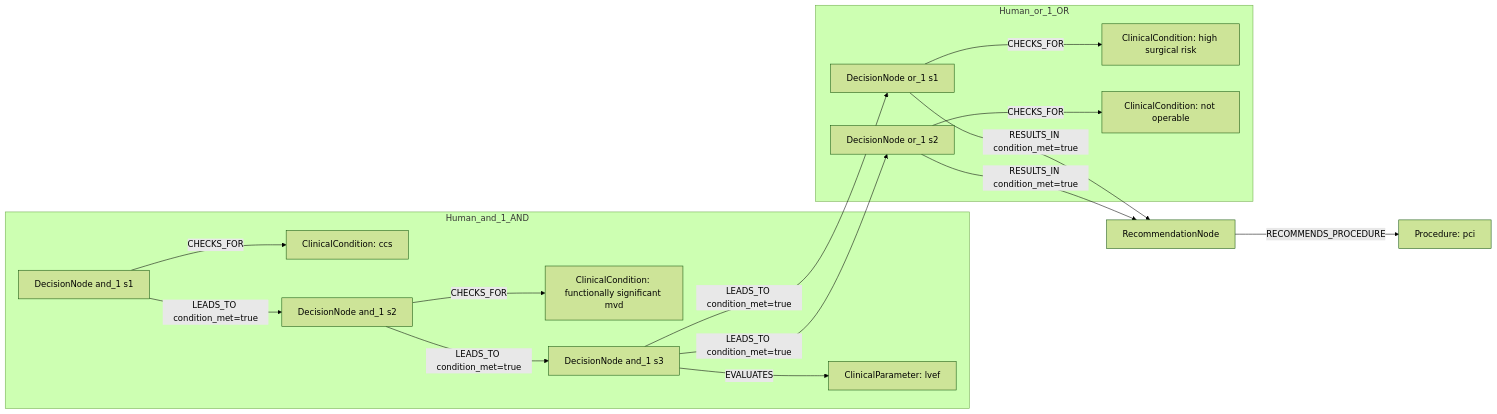
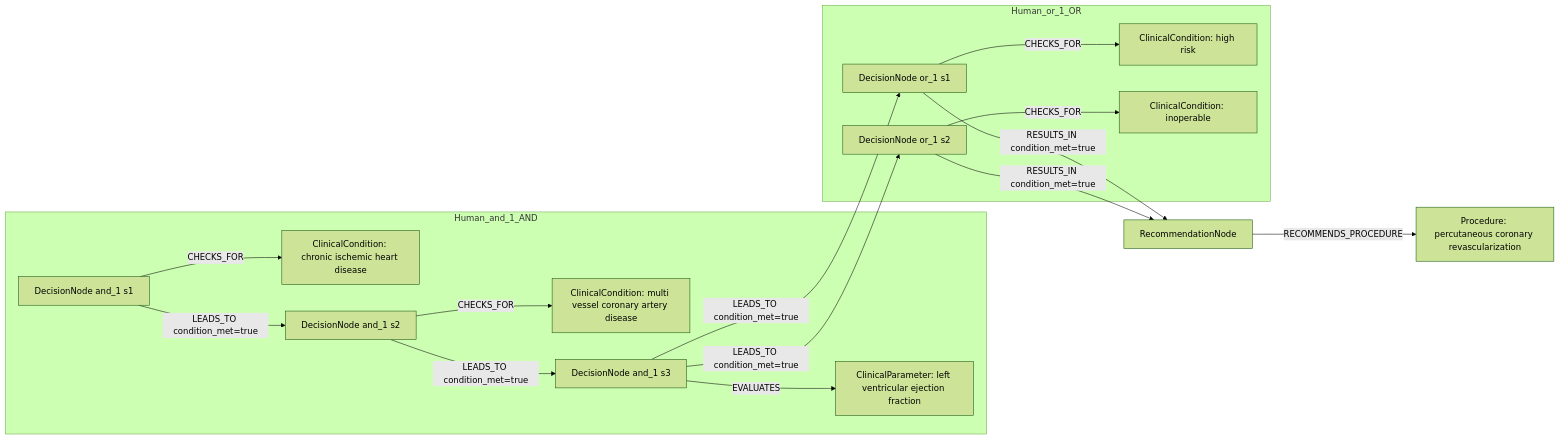
One commit to dieterich-lab/CardioGuidelinesGraph changed the first of 2 diagrams in docs/table22_rows_comparison/row_11.md. Above: the diagram before and after it, drawn with Mermaid (forest theme). The commit also changed other lines of this file and 27 other files, not shown here.

````diff
--- a/docs/table22_rows_comparison/row_11.md
+++ b/docs/table22_rows_comparison/row_11.md
@@ -177,31 +130,31 @@
 ```mermaid
 graph LR
   REC[RecommendationNode]
-  ACT1[Procedure: pci]
+  ACT1[Procedure: percutaneous coronary revascularization]
   REC -->|RECOMMENDS_PROCEDURE| ACT1
   subgraph Human_and_1_AND
     D_and_1_1[DecisionNode and_1 s1]
-    C_and_1_1[ClinicalCondition: ccs]
+    C_and_1_1[ClinicalCondition: chronic ischemic heart disease]
     D_and_1_1 -->|CHECKS_FOR| C_and_1_1
     D_and_1_2[DecisionNode and_1 s2]
-    C_and_1_2[ClinicalCondition: functionally significant mvd]
+    C_and_1_2[ClinicalCondition: multi vessel coronary artery disease]
     D_and_1_2 -->|CHECKS_FOR| C_and_1_2
     D_and_1_3[DecisionNode and_1 s3]
-    C_and_1_3[ClinicalParameter: lvef]
+    C_and_1_3[ClinicalParameter: left ventricular ejection fraction]
     D_and_1_3 -->|EVALUATES| C_and_1_3
     D_and_1_1 -->|LEADS_TO condition_met=true| D_and_1_2
     D_and_1_2 -->|LEADS_TO condition_met=true| D_and_1_3
   end
   subgraph Human_or_1_OR
     D_or_1_1[DecisionNode or_1 s1]
-    C_or_1_1[ClinicalCondition: high surgical risk]
+    C_or_1_1[ClinicalCondition: high risk]
     D_or_1_1 -->|CHECKS_FOR| C_or_1_1
     D_or_1_2[DecisionNode or_1 s2]
-    C_or_1_2[ClinicalCondition: not operable]
+    C_or_1_2[ClinicalCondition: inoperable]
     D_or_1_2 -->|CHECKS_FOR| C_or_1_2
     D_and_1_3 -->|LEADS_TO condition_met=true| D_or_1_1
     D_and_1_3 -->|LEADS_TO condition_met=true| D_or_1_2
   end
   D_or_1_1 -->|RESULTS_IN condition_met=true| REC
   D_or_1_2 -->|RESULTS_IN condition_met=true| REC
 ```
````
